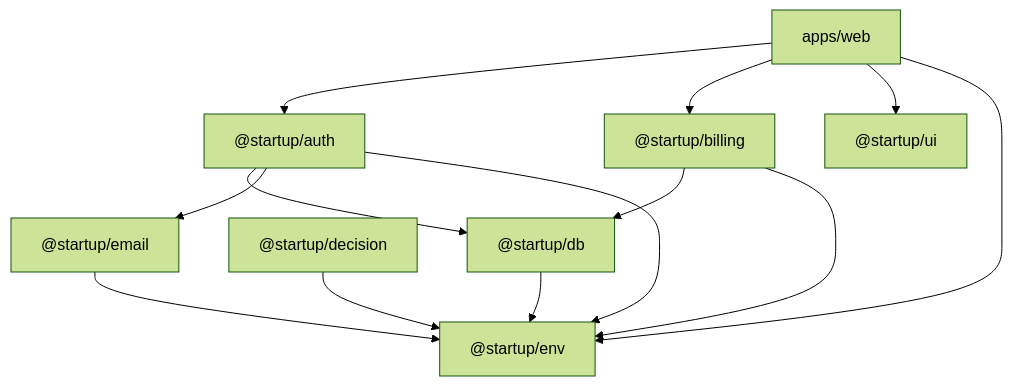
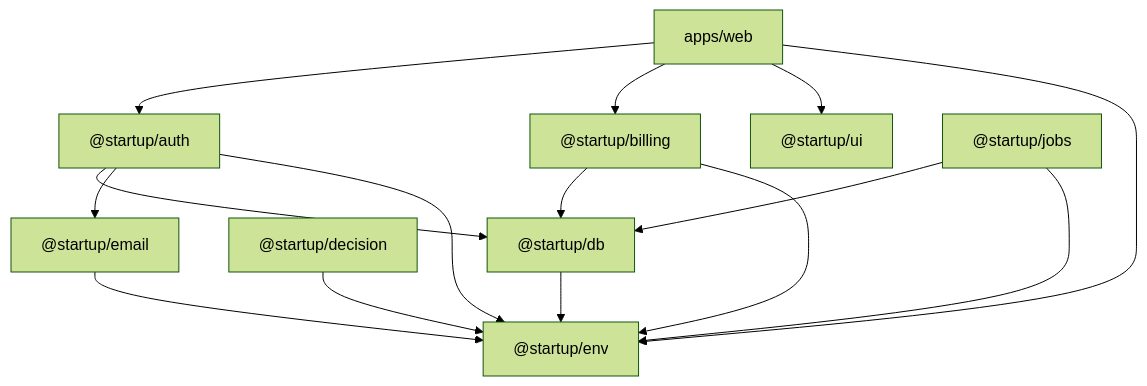
The diagram in docs/architecture/package-boundaries.md (allen-padilla/repo-onboarding), drawn with Mermaid (forest theme) before and after one commit. The commit also changed other lines of this file and 28 other files, not shown here.

First line of the commit message:
feat(jobs): add @startup/jobs with pg-boss

````diff
--- a/docs/architecture/package-boundaries.md
+++ b/docs/architecture/package-boundaries.md
@@ -31,24 +31,27 @@
 ```mermaid
 flowchart TD
   web["apps/web"]
   auth["@startup/auth"]
   billing["@startup/billing"]
   ui["@startup/ui"]
   db["@startup/db"]
   decision["@startup/decision"]
   email["@startup/email"]
   env["@startup/env"]
+  jobs["@startup/jobs"]
 
   web --> auth
   web --> billing
   web --> ui
   web --> env
   auth --> db
   auth --> email
   auth --> env
   billing --> db
   billing --> env
   db --> env
   decision --> env
   email --> env
+  jobs --> db
+  jobs --> env
 ```
````
